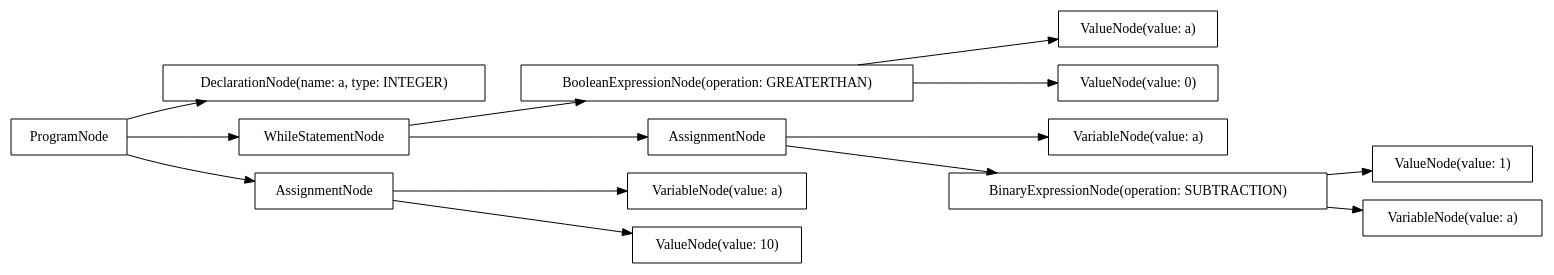
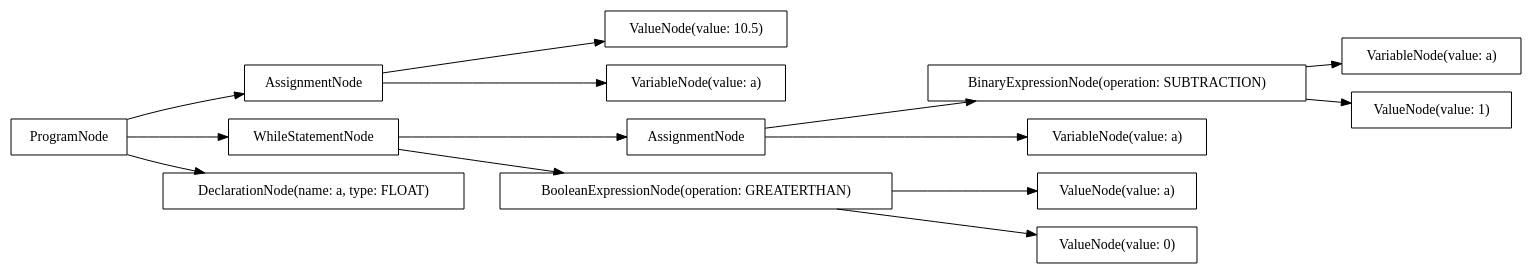
The diagram in src/output/dot/example-while.dot (AtLeastITry/ANTLR-Python-Compiler), drawn with Graphviz before and after one commit. The commit also changed 21 other files, not shown here.

```diff
--- a/src/output/dot/example-while.dot
+++ b/src/output/dot/example-while.dot
@@ -1,30 +1,30 @@
 digraph G {
 rankdir=LR
-"a31f12a4-1f27-4361-8053-08b9d1d1a345" [label="ValueNode(value: a)" shape="box"];
-"0e21f743-4d17-4869-9526-1289eb34e7a4" [label="VariableNode(value: a)" shape="box"];
-"48d20dec-113c-42a2-9de5-4ace1580844c" [label="BooleanExpressionNode(operation: GREATERTHAN)" shape="box"];
-"64bffb24-994c-4669-aca8-f324a5589160" [label="BinaryExpressionNode(operation: SUBTRACTION)" shape="box"];
-"c33a9368-1017-47dd-abeb-73a477fb6740" [label="DeclarationNode(name: a, type: INTEGER)" shape="box"];
-"7d9cb256-f68c-4895-9c8d-ab778e4a7b2f" [label="ValueNode(value: 1)" shape="box"];
-"b87fed13-fa74-4ac1-aeb6-81fe97c5b89a" [label="AssignmentNode" shape="box"];
-"9769c308-4550-4c5c-b265-7543decbe190" [label="VariableNode(value: a)" shape="box"];
-"84ccbbb9-3099-4351-8176-a0fdb63eddfc" [label="VariableNode(value: a)" shape="box"];
-"039db07b-d6b7-4cbf-b167-33a06f57848a" [label="WhileStatementNode" shape="box"];
-"37a062a9-a3f7-4ba3-9232-a27c0f22b726" [label="ValueNode(value: 0)" shape="box"];
-"77a85b3d-7c59-4205-b89b-fe9c918e41d8" [label="AssignmentNode" shape="box"];
-"5eda6c70-d6d2-40cf-89d8-30b52979e61b" [label="ValueNode(value: 10)" shape="box"];
-"fe18db6f-6d0a-4693-9a46-073d19d524bb" [label="ProgramNode" shape="box"];
-"fe18db6f-6d0a-4693-9a46-073d19d524bb" -> "c33a9368-1017-47dd-abeb-73a477fb6740";
-"fe18db6f-6d0a-4693-9a46-073d19d524bb" -> "77a85b3d-7c59-4205-b89b-fe9c918e41d8";
-"77a85b3d-7c59-4205-b89b-fe9c918e41d8" -> "84ccbbb9-3099-4351-8176-a0fdb63eddfc";
-"77a85b3d-7c59-4205-b89b-fe9c918e41d8" -> "5eda6c70-d6d2-40cf-89d8-30b52979e61b";
-"fe18db6f-6d0a-4693-9a46-073d19d524bb" -> "039db07b-d6b7-4cbf-b167-33a06f57848a";
-"039db07b-d6b7-4cbf-b167-33a06f57848a" -> "48d20dec-113c-42a2-9de5-4ace1580844c";
-"48d20dec-113c-42a2-9de5-4ace1580844c" -> "a31f12a4-1f27-4361-8053-08b9d1d1a345";
-"48d20dec-113c-42a2-9de5-4ace1580844c" -> "37a062a9-a3f7-4ba3-9232-a27c0f22b726";
-"039db07b-d6b7-4cbf-b167-33a06f57848a" -> "b87fed13-fa74-4ac1-aeb6-81fe97c5b89a";
-"b87fed13-fa74-4ac1-aeb6-81fe97c5b89a" -> "0e21f743-4d17-4869-9526-1289eb34e7a4";
-"b87fed13-fa74-4ac1-aeb6-81fe97c5b89a" -> "64bffb24-994c-4669-aca8-f324a5589160";
-"64bffb24-994c-4669-aca8-f324a5589160" -> "9769c308-4550-4c5c-b265-7543decbe190";
-"64bffb24-994c-4669-aca8-f324a5589160" -> "7d9cb256-f68c-4895-9c8d-ab778e4a7b2f";
+"ee18b95c-49b9-473a-bf72-9ec9c382dc5d" [label="VariableNode(value: a)" shape="box"];
+"23ce2a3a-48cd-44fc-bd98-29ea749994c8" [label="ValueNode(value: 10.5)" shape="box"];
+"ea94cf69-170c-4afc-a3f8-617261ac50c2" [label="AssignmentNode" shape="box"];
+"51fef664-7d71-4fae-bd66-378f555faefa" [label="VariableNode(value: a)" shape="box"];
+"6f3ddfc3-f0e4-487d-9fa3-8a4714e9ac21" [label="BinaryExpressionNode(operation: SUBTRACTION)" shape="box"];
+"db237f34-4fbe-4326-a78f-6c0143694538" [label="ProgramNode" shape="box"];
+"3b455b31-c658-43ea-b531-d9dcf4334448" [label="WhileStatementNode" shape="box"];
+"3764c3db-87a1-43d7-8bd2-4962ba393e70" [label="ValueNode(value: a)" shape="box"];
+"279c02ed-5e2d-4e99-b3a2-d2021c114ac4" [label="AssignmentNode" shape="box"];
+"d0b30299-09dd-4b9e-9d37-36d8ae794a8e" [label="ValueNode(value: 0)" shape="box"];
+"6c62bb9b-050f-4ca5-8de5-74b08dd118c0" [label="DeclarationNode(name: a, type: FLOAT)" shape="box"];
+"5cba9efe-7092-471a-8f35-cae955940b53" [label="BooleanExpressionNode(operation: GREATERTHAN)" shape="box"];
+"4d028d04-5619-4327-aa66-9ee2290eb52b" [label="ValueNode(value: 1)" shape="box"];
+"b61c9572-ce1c-443a-a619-0f5c5ac8113f" [label="VariableNode(value: a)" shape="box"];
+"db237f34-4fbe-4326-a78f-6c0143694538" -> "6c62bb9b-050f-4ca5-8de5-74b08dd118c0";
+"db237f34-4fbe-4326-a78f-6c0143694538" -> "ea94cf69-170c-4afc-a3f8-617261ac50c2";
+"ea94cf69-170c-4afc-a3f8-617261ac50c2" -> "51fef664-7d71-4fae-bd66-378f555faefa";
+"ea94cf69-170c-4afc-a3f8-617261ac50c2" -> "23ce2a3a-48cd-44fc-bd98-29ea749994c8";
+"db237f34-4fbe-4326-a78f-6c0143694538" -> "3b455b31-c658-43ea-b531-d9dcf4334448";
+"3b455b31-c658-43ea-b531-d9dcf4334448" -> "5cba9efe-7092-471a-8f35-cae955940b53";
+"5cba9efe-7092-471a-8f35-cae955940b53" -> "3764c3db-87a1-43d7-8bd2-4962ba393e70";
+"5cba9efe-7092-471a-8f35-cae955940b53" -> "d0b30299-09dd-4b9e-9d37-36d8ae794a8e";
+"3b455b31-c658-43ea-b531-d9dcf4334448" -> "279c02ed-5e2d-4e99-b3a2-d2021c114ac4";
+"279c02ed-5e2d-4e99-b3a2-d2021c114ac4" -> "b61c9572-ce1c-443a-a619-0f5c5ac8113f";
+"279c02ed-5e2d-4e99-b3a2-d2021c114ac4" -> "6f3ddfc3-f0e4-487d-9fa3-8a4714e9ac21";
+"6f3ddfc3-f0e4-487d-9fa3-8a4714e9ac21" -> "ee18b95c-49b9-473a-bf72-9ec9c382dc5d";
+"6f3ddfc3-f0e4-487d-9fa3-8a4714e9ac21" -> "4d028d04-5619-4327-aa66-9ee2290eb52b";
 }
```
